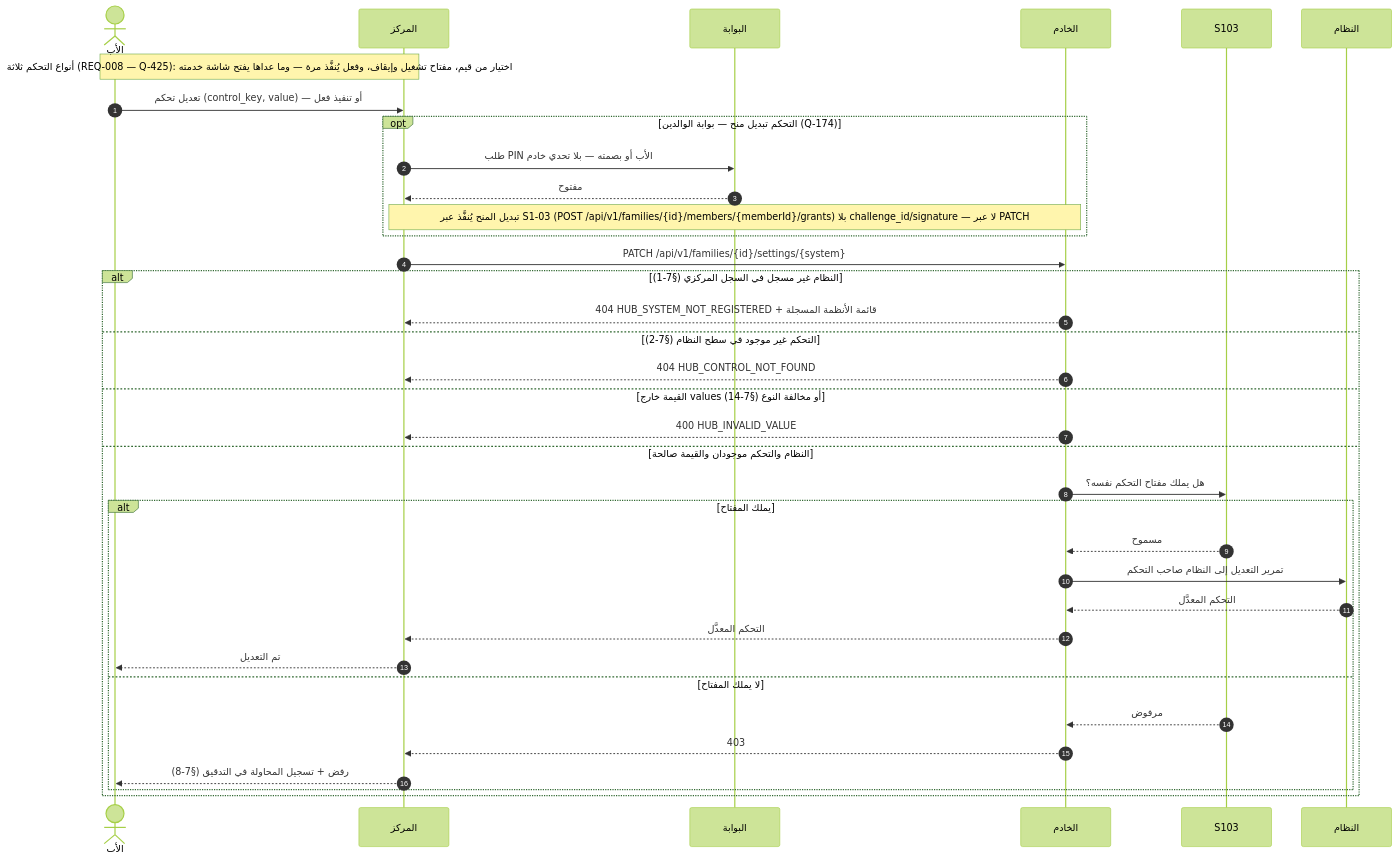
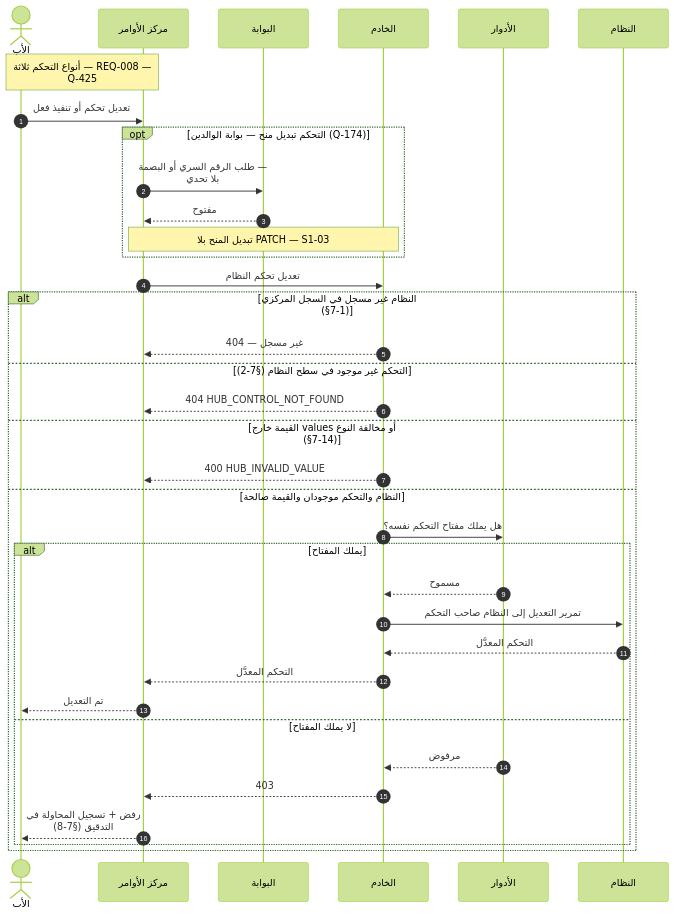
One commit to Bassam-mohammed-alqaeadi/family-os-v2 changed the seventh of 33 diagrams in docs/family-os/governance/phases/phase-1/S1-09-command-center-and-settings/DIAGRAMS.md. Above: the diagram before and after it, drawn with Mermaid (forest theme). The commit also changed other lines of this file, not shown here.

````diff
--- a/docs/family-os/governance/phases/phase-1/S1-09-command-center-and-settings/DIAGRAMS.md
+++ b/docs/family-os/governance/phases/phase-1/S1-09-command-center-and-settings/DIAGRAMS.md
@@ -230,38 +314,39 @@
 ```mermaid
+%%{init: {"sequence": {"wrap": true}}}%%
 sequenceDiagram
     autonumber
     actor Father as الأب
-    participant Hub as المركز
+    participant S109 as مركز الأوامر
     participant ParentGate as البوابة
     participant Ktor as الخادم
-    participant S103 as S103
+    participant S103 as الأدوار
     participant Owner as النظام
-    Note over Father,Hub: أنواع التحكم ثلاثة (REQ-008 — Q-425): اختيار من قيم، مفتاح تشغيل وإيقاف، وفعل يُنفَّذ مرة — وما عداها يفتح شاشة خدمته
-    Father->>Hub: تعديل تحكم (control_key, value) — أو تنفيذ فعل
+    Note over Father,S109: أنواع التحكم ثلاثة — REQ-008 — Q-425
+    Father->>S109: تعديل تحكم أو تنفيذ فعل
     opt التحكم تبديل منح — بوابة الوالدين (Q-174)
-        Hub->>ParentGate: طلب PIN الأب أو بصمته — بلا تحدي خادم
-        ParentGate-->>Hub: مفتوح
-        Note over Hub,Ktor: تبديل المنح يُنفَّذ عبر S1-03 (POST /api/v1/families/{id}/members/{memberId}/grants) بلا challenge_id/signature — لا عبر PATCH
+        S109->>ParentGate: طلب الرقم السري أو البصمة — بلا تحدي
+        ParentGate-->>S109: مفتوح
+        Note over S109,Ktor: تبديل المنح بلا PATCH — S1-03
     end
-    Hub->>Ktor: PATCH /api/v1/families/{id}/settings/{system}
+    S109->>Ktor: تعديل تحكم النظام
     alt النظام غير مسجل في السجل المركزي (§7-1)
-        Ktor-->>Hub: 404 HUB_SYSTEM_NOT_REGISTERED + قائمة الأنظمة المسجلة
+        Ktor-->>S109: غير مسجل — 404
     else التحكم غير موجود في سطح النظام (§7-2)
-        Ktor-->>Hub: 404 HUB_CONTROL_NOT_FOUND
+        Ktor-->>S109: 404 HUB_CONTROL_NOT_FOUND
     else القيمة خارج values أو مخالفة النوع (§7-14)
-        Ktor-->>Hub: 400 HUB_INVALID_VALUE
+        Ktor-->>S109: 400 HUB_INVALID_VALUE
     else النظام والتحكم موجودان والقيمة صالحة
         Ktor->>S103: هل يملك مفتاح التحكم نفسه؟
         alt يملك المفتاح
             S103-->>Ktor: مسموح
             Ktor->>Owner: تمرير التعديل إلى النظام صاحب التحكم
             Owner-->>Ktor: التحكم المعدَّل
-            Ktor-->>Hub: التحكم المعدَّل
-            Hub-->>Father: تم التعديل
+            Ktor-->>S109: التحكم المعدَّل
+            S109-->>Father: تم التعديل
         else لا يملك المفتاح
             S103-->>Ktor: مرفوض
-            Ktor-->>Hub: 403
-            Hub-->>Father: رفض + تسجيل المحاولة في التدقيق (§7-8)
+            Ktor-->>S109: 403
+            S109-->>Father: رفض + تسجيل المحاولة في التدقيق (§7-8)
         end
     end
 ```
````
